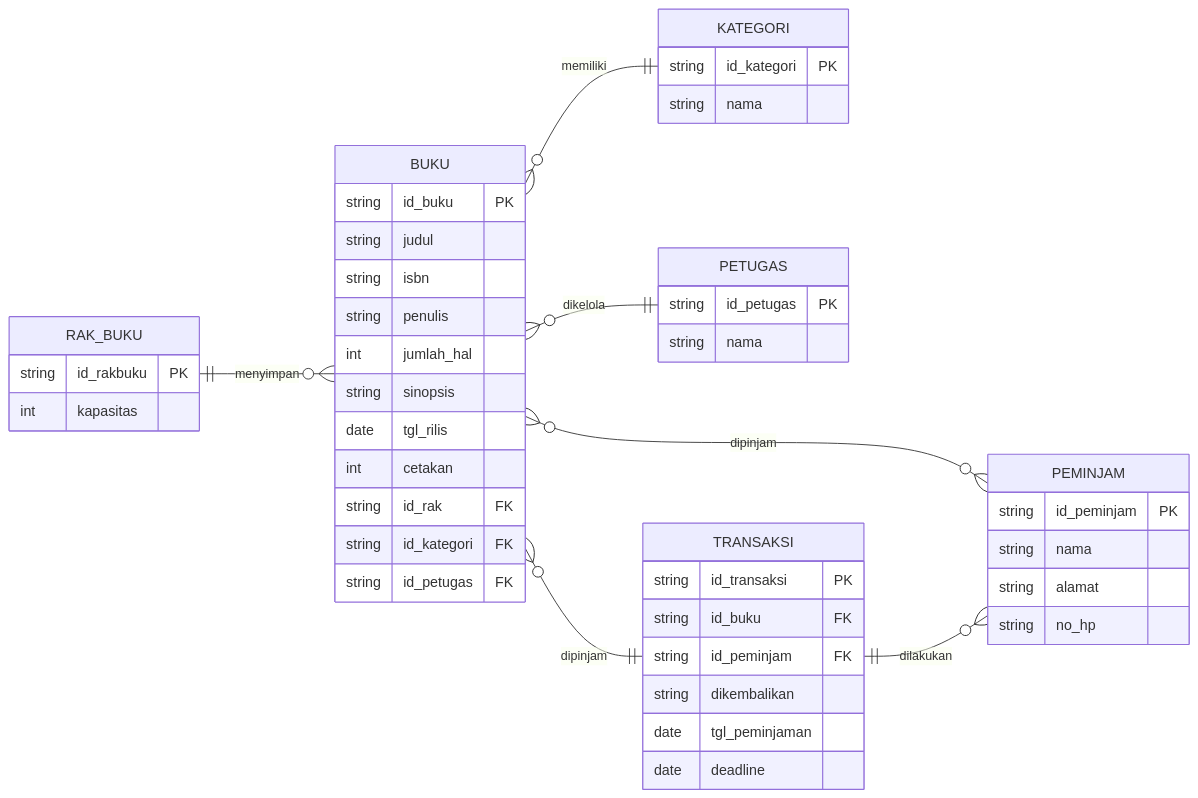
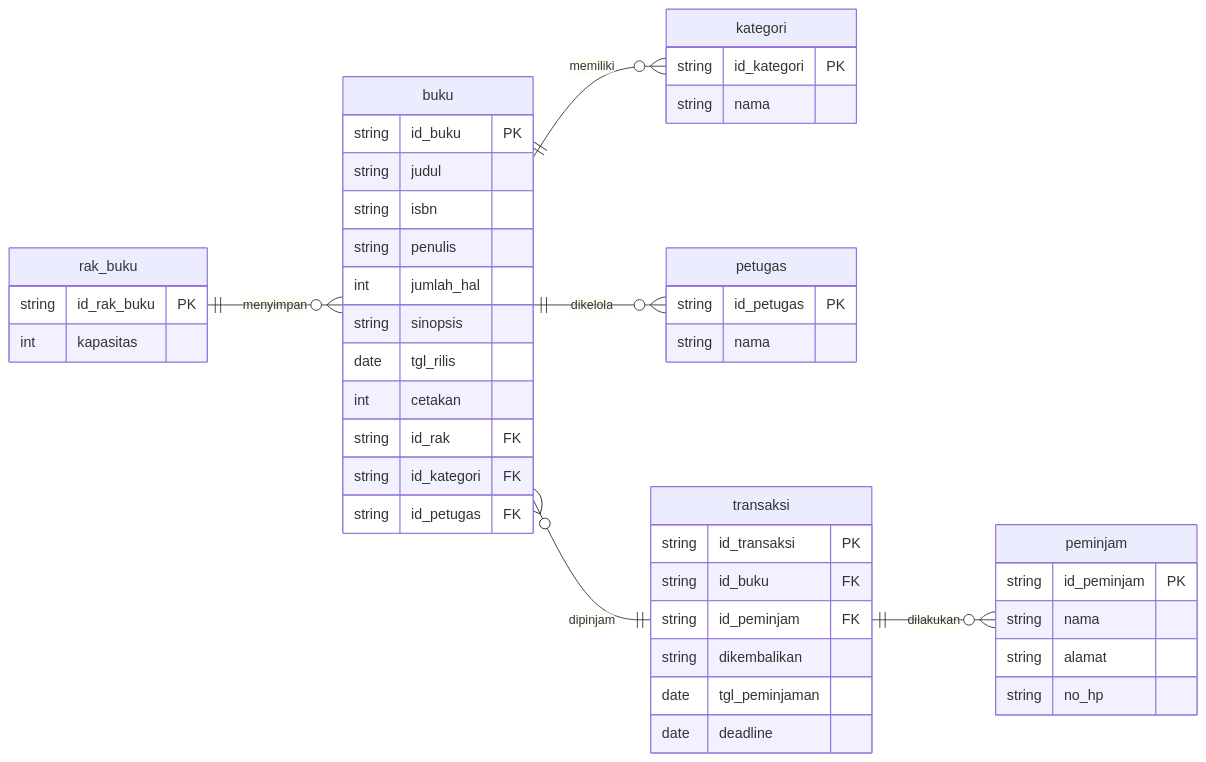
One commit to yusufbahtiarr/fgo24-db-erd changed the diagram in readme.MD. Above: the diagram before and after it, drawn with Mermaid. The commit also changed other lines of this file, not shown here.

Commit message:
init: minitask database - erd

````diff
--- a/readme.MD
+++ b/readme.MD
@@ -3,51 +5,50 @@
 ```mermaid
 erDiagram
     direction LR
-    RAK_BUKU ||--o{ BUKU  : menyimpan
-    RAK_BUKU {
-        string id_rakbuku PK
+    rak_buku ||--o{ buku  : menyimpan
+    rak_buku {
+        string id_rak_buku PK
         int kapasitas
     }
-    BUKU }o--|| KATEGORI : memiliki
-    BUKU }o--|| PETUGAS : dikelola
-    BUKU }o--o{ PEMINJAM : dipinjam
-    BUKU }o--|| TRANSAKSI : dipinjam
-    BUKU {
+    buku ||--o{ kategori : memiliki
+    buku ||--o{ petugas : dikelola
+    buku }o--|| transaksi : dipinjam
+    buku {
         string id_buku PK
         string judul
         string isbn
         string penulis
         int jumlah_hal
         string sinopsis
         date tgl_rilis
         int cetakan
         string id_rak FK
         string id_kategori FK
         string id_petugas FK
     }
-    KATEGORI {
+    kategori {
         string id_kategori PK
         string nama
     }
 
-    PETUGAS {
+    petugas {
         string id_petugas PK
         string nama
     }
-    PEMINJAM {
+    peminjam {
         string id_peminjam PK
         string nama
         string alamat
         string no_hp
     }
-    TRANSAKSI ||--o{ PEMINJAM : dilakukan
-    TRANSAKSI {
+    transaksi ||--o{ peminjam : dilakukan
+    transaksi {
         string id_transaksi PK
         string id_buku FK
         string id_peminjam FK
         string dikembalikan
         date tgl_peminjaman
         date deadline
     }
 
 ```
````
